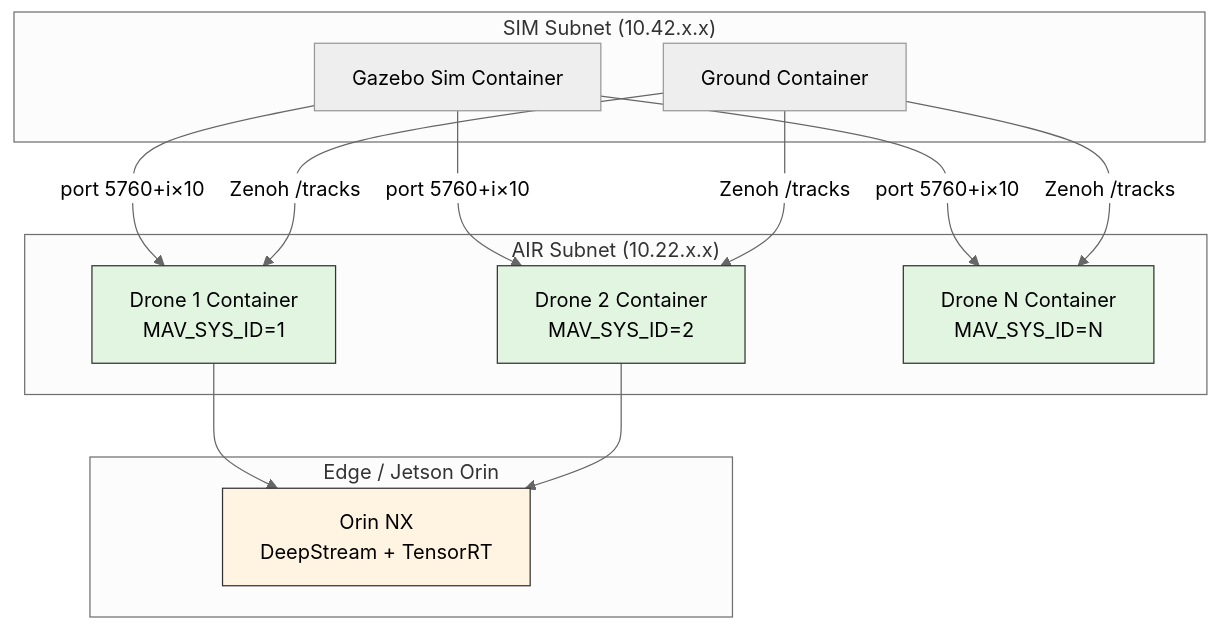
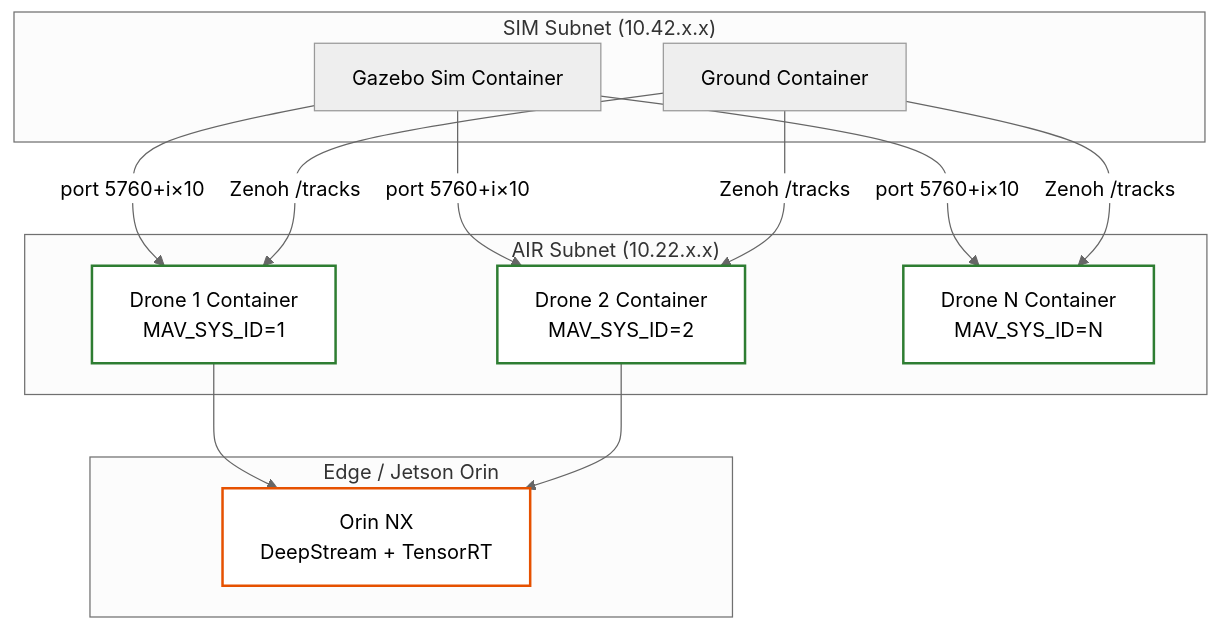
Before and after one commit to AAH20/apex-autopilot-optimization: the third of 3 diagrams in README.md, drawn with Mermaid (neutral theme). The commit also changed other lines of this file, not shown here.

Commit message:
fix(docs): mermaid diagram parse errors and color contrast
- Escape curly braces in ROS2 topic names (/Drone{i}/ -> /Drone{N}/)
  to avoid Mermaid diamond-shape parse errors
- Replace wildcard * with explicit vehicle_odometry topic name
- Fix container colors: white fill with dark borders (was light green/orange
  fills that made dark text unreadable)

````diff
--- a/README.md
+++ b/README.md
@@ -128,29 +128,29 @@
 ```mermaid
 graph TD
     subgraph SIM ["SIM Subnet (10.42.x.x)"]
         GS[Gazebo Sim Container]
         GC[Ground Container]
     end
 
     subgraph AIR ["AIR Subnet (10.22.x.x)"]
         A1[Drone 1 Container<br/>MAV_SYS_ID=1]:::drone
         A2[Drone 2 Container<br/>MAV_SYS_ID=2]:::drone
         AN[Drone N Container<br/>MAV_SYS_ID=N]:::drone
     end
 
     subgraph Edge ["Edge / Jetson Orin"]
         J1[Orin NX<br/>DeepStream + TensorRT]:::edge
     end
 
     GS -->|port 5760+i×10| A1
     GS -->|port 5760+i×10| A2
     GS -->|port 5760+i×10| AN
     GC -->|Zenoh /tracks| A1
     GC -->|Zenoh /tracks| A2
     GC -->|Zenoh /tracks| AN
     A1 --> J1
     A2 --> J1
 
-    classDef drone fill:#e1f5e1,stroke:#333;
-    classDef edge fill:#fff3e1,stroke:#333;
+    classDef drone fill:#ffffff,stroke:#2e7d32,stroke-width:2px;
+    classDef edge fill:#ffffff,stroke:#e65100,stroke-width:2px;
 ```
````
